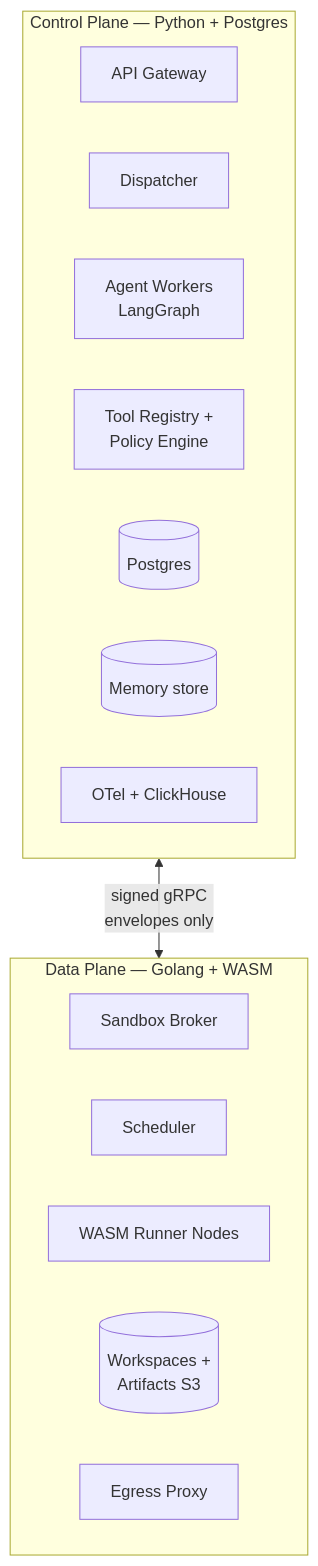
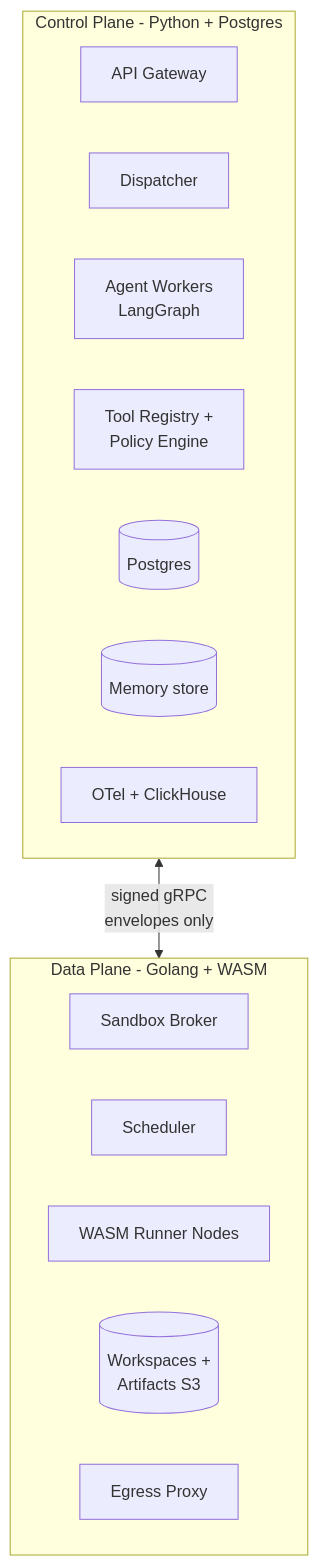
The diagram in design-packs/2026-05-15-agentic-layer-langgraph-wasm/11-control-plane-vs-data-plane.md (sumansaurabh/claude-resume-skills), drawn with Mermaid before and after one commit. The commit also changed other lines of this file and 129 other files, not shown here.

````diff
--- a/design-packs/2026-05-15-agentic-layer-langgraph-wasm/11-control-plane-vs-data-plane.md
+++ b/design-packs/2026-05-15-agentic-layer-langgraph-wasm/11-control-plane-vs-data-plane.md
@@ -20,22 +20,22 @@
 ```mermaid
 flowchart TB
-  subgraph CP[Control Plane — Python + Postgres]
+  subgraph CP[Control Plane - Python + Postgres]
     GW[API Gateway]
     DISP[Dispatcher]
     W[Agent Workers<br/>LangGraph]
     REG[Tool Registry +<br/>Policy Engine]
     PG[(Postgres)]
     MEM[(Memory store)]
     OBS[OTel + ClickHouse]
   end
 
-  subgraph DP[Data Plane — Golang + WASM]
+  subgraph DP[Data Plane - Golang + WASM]
     BROKER[Sandbox Broker]
     SCHED[Scheduler]
     NODES[WASM Runner Nodes]
     BLOB[(Workspaces +<br/>Artifacts S3)]
     EGRESS[Egress Proxy]
   end
 
   CP <-->|signed gRPC<br/>envelopes only| DP
 ```
````
